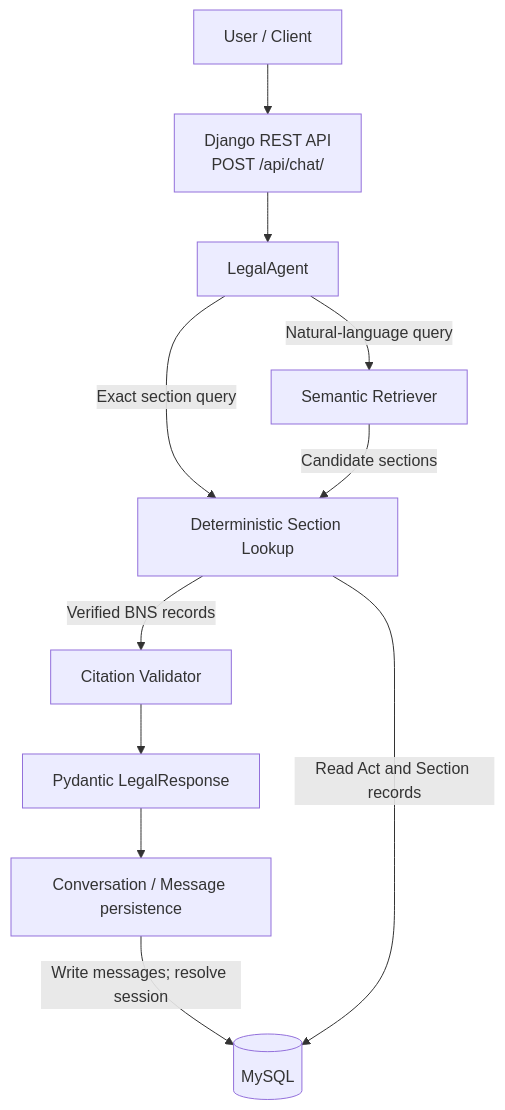
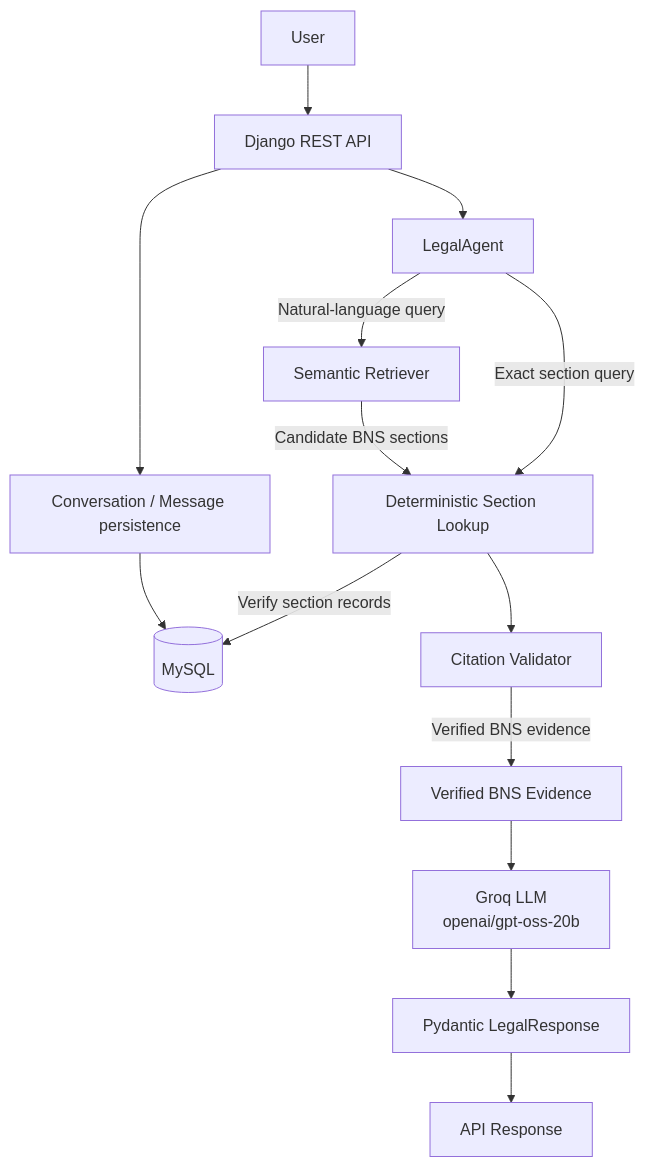
Before and after one commit to nandhanamj/LawLense: the diagram in README.md, drawn with Mermaid. The commit also changed other lines of this file and 2 other files, not shown here.

````diff
--- a/README.md
+++ b/README.md
@@ -7,13 +7,16 @@
 ```mermaid
 flowchart TD
-    User[User / Client] --> API[Django REST API<br/>POST /api/chat/]
-    API --> Agent[LegalAgent]
-    Agent -->|Exact section query| Lookup[Deterministic Section Lookup]
-    Agent -->|Natural-language query| Retriever[Semantic Retriever]
-    Retriever -->|Candidate sections| Lookup
-    Lookup -->|Verified BNS records| Validator[Citation Validator]
-    Validator --> Response[Pydantic LegalResponse]
-    Response --> Memory[Conversation / Message persistence]
-    Memory -->|Write messages; resolve session| DB[(MySQL)]
-    Lookup -->|Read Act and Section records| DB
+  User[User] --> API[Django REST API]
+  API --> Agent[LegalAgent]
+  Agent -->|Exact section query| Lookup[Deterministic Section Lookup]
+  Agent -->|Natural-language query| Retriever[Semantic Retriever]
+  Retriever -->|Candidate BNS sections| Lookup
+  Lookup -->|Verify section records| DB[(MySQL)]
+  Lookup --> Validator[Citation Validator]
+  Validator -->|Verified BNS evidence| Evidence[Verified BNS Evidence]
+  Evidence --> Groq[Groq LLM<br/>openai/gpt-oss-20b]
+  Groq --> Response[Pydantic LegalResponse]
+  Response --> APIResponse[API Response]
+  API --> Persistence[Conversation / Message persistence]
+  Persistence --> DB
 ```
````
